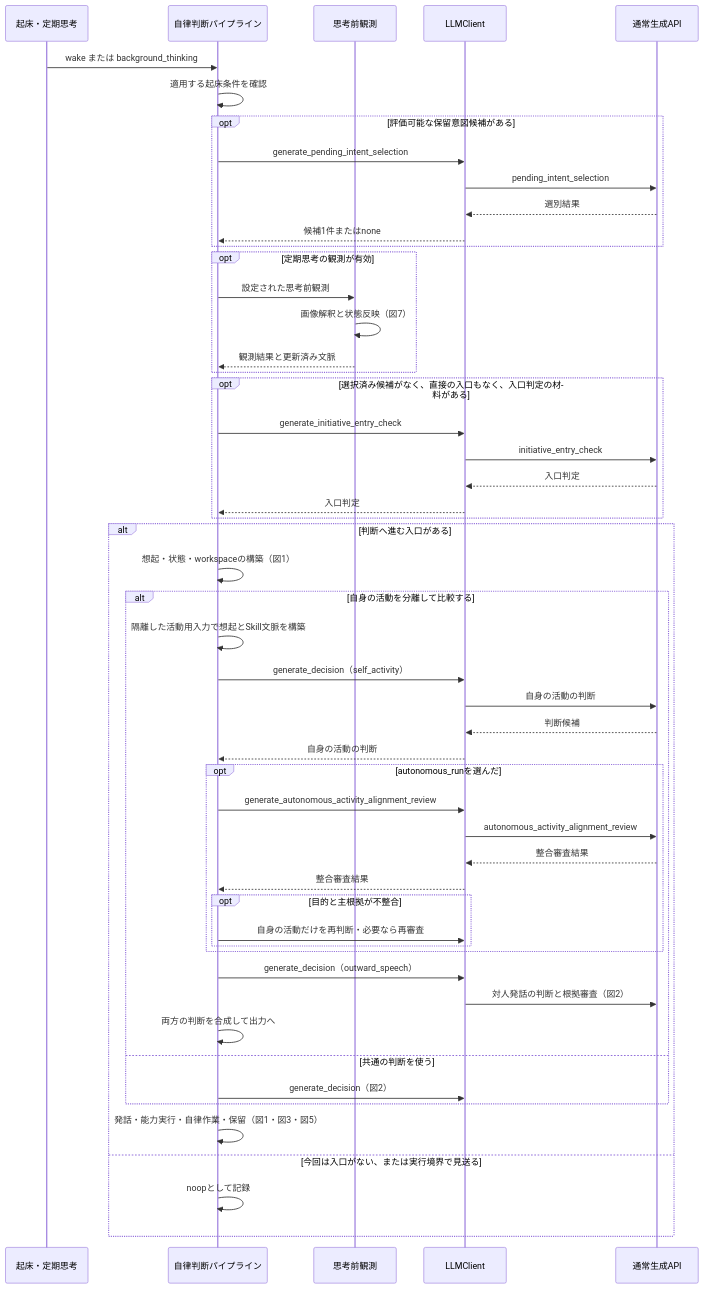
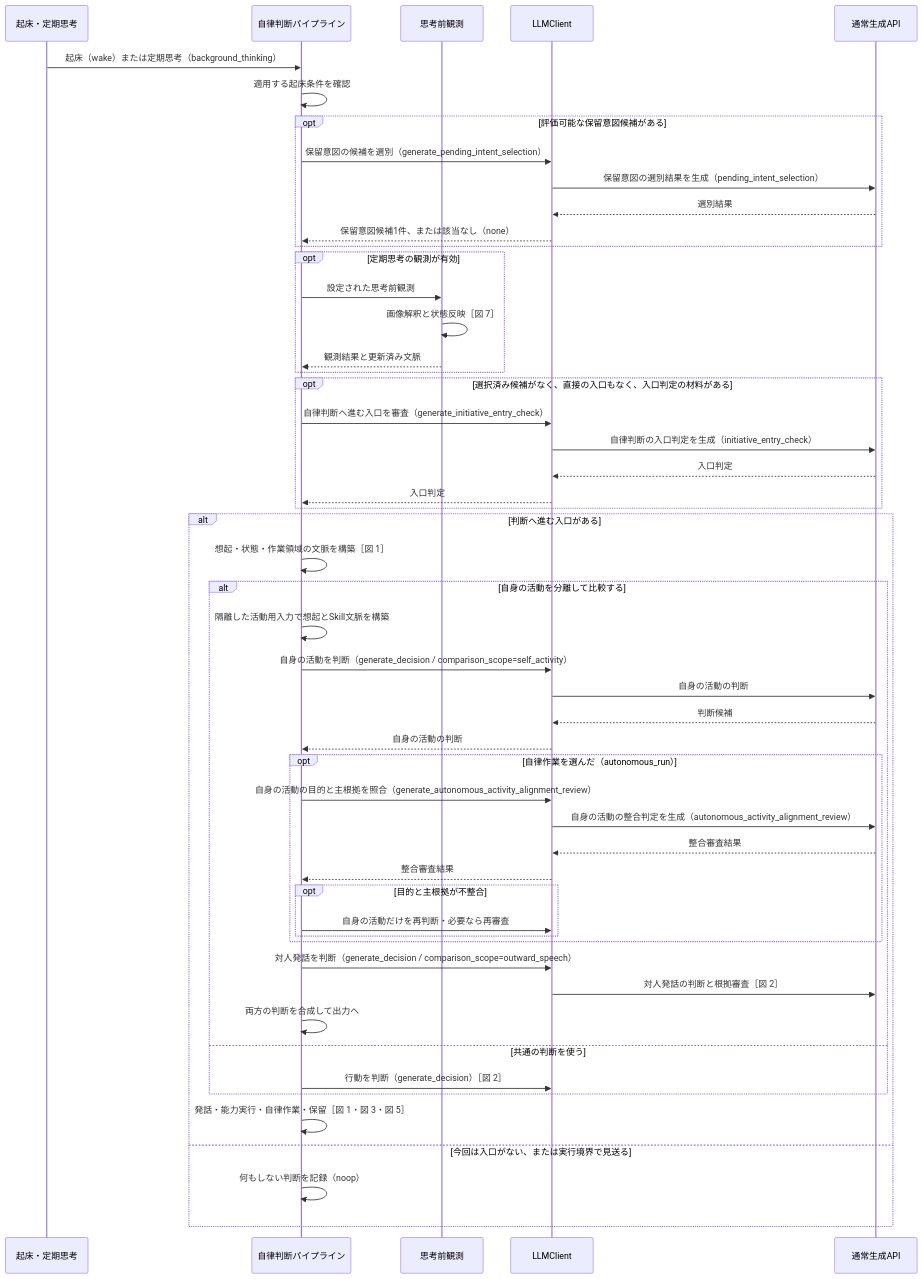
One commit to hirona98/OtomeKairo changed the fourth of 7 diagrams in docs/design/llm/LLM呼び出しシーケンス.md. Above: the diagram before and after it, drawn with Mermaid. The commit also changed other lines of this file, not shown here.

Commit message:
図1まで補足完了

````diff
--- a/docs/design/llm/LLM呼び出しシーケンス.md
+++ b/docs/design/llm/LLM呼び出しシーケンス.md
@@ -277,55 +258,55 @@
 ```mermaid
 sequenceDiagram
     participant W as 起床・定期思考
     participant C as 自律判断パイプライン
     participant O as 思考前観測
     participant L as LLMClient
     participant G as 通常生成API
 
-    W->>C: wake または background_thinking
+    W->>C: 起床（wake）または定期思考（background_thinking）
     C->>C: 適用する起床条件を確認
     opt 評価可能な保留意図候補がある
-        C->>L: generate_pending_intent_selection
-        L->>G: pending_intent_selection
+        C->>L: 保留意図の候補を選別（generate_pending_intent_selection）
+        L->>G: 保留意図の選別結果を生成（pending_intent_selection）
         G-->>L: 選別結果
-        L-->>C: 候補1件またはnone
+        L-->>C: 保留意図候補1件、または該当なし（none）
     end
     opt 定期思考の観測が有効
         C->>O: 設定された思考前観測
-        O->>O: 画像解釈と状態反映（図7）
+        O->>O: 画像解釈と状態反映［図 7］
         O-->>C: 観測結果と更新済み文脈
     end
     opt 選択済み候補がなく、直接の入口もなく、入口判定の材料がある
-        C->>L: generate_initiative_entry_check
-        L->>G: initiative_entry_check
+        C->>L: 自律判断へ進む入口を審査（generate_initiative_entry_check）
+        L->>G: 自律判断の入口判定を生成（initiative_entry_check）
         G-->>L: 入口判定
         L-->>C: 入口判定
     end
     alt 判断へ進む入口がある
-        C->>C: 想起・状態・workspaceの構築（図1）
+        C->>C: 想起・状態・作業領域の文脈を構築［図 1］
         alt 自身の活動を分離して比較する
             C->>C: 隔離した活動用入力で想起とSkill文脈を構築
-            C->>L: generate_decision（self_activity）
+            C->>L: 自身の活動を判断（generate_decision / comparison_scope=self_activity）
             L->>G: 自身の活動の判断
             G-->>L: 判断候補
             L-->>C: 自身の活動の判断
-            opt autonomous_runを選んだ
-                C->>L: generate_autonomous_activity_alignment_review
-                L->>G: autonomous_activity_alignment_review
+            opt 自律作業を選んだ（autonomous_run）
+                C->>L: 自身の活動の目的と主根拠を照合（generate_autonomous_activity_alignment_review）
+                L->>G: 自身の活動の整合判定を生成（autonomous_activity_alignment_review）
                 G-->>L: 整合審査結果
                 L-->>C: 整合審査結果
                 opt 目的と主根拠が不整合
                     C->>L: 自身の活動だけを再判断・必要なら再審査
                 end
             end
-            C->>L: generate_decision（outward_speech）
-            L->>G: 対人発話の判断と根拠審査（図2）
+            C->>L: 対人発話を判断（generate_decision / comparison_scope=outward_speech）
+            L->>G: 対人発話の判断と根拠審査［図 2］
             C->>C: 両方の判断を合成して出力へ
         else 共通の判断を使う
-            C->>L: generate_decision（図2）
+            C->>L: 行動を判断（generate_decision）［図 2］
         end
-        C->>C: 発話・能力実行・自律作業・保留（図1・図3・図5）
+        C->>C: 発話・能力実行・自律作業・保留［図 1・図 3・図 5］
     else 今回は入口がない、または実行境界で見送る
-        C->>C: noopとして記録
+        C->>C: 何もしない判断を記録（noop）
     end
 ```
````
